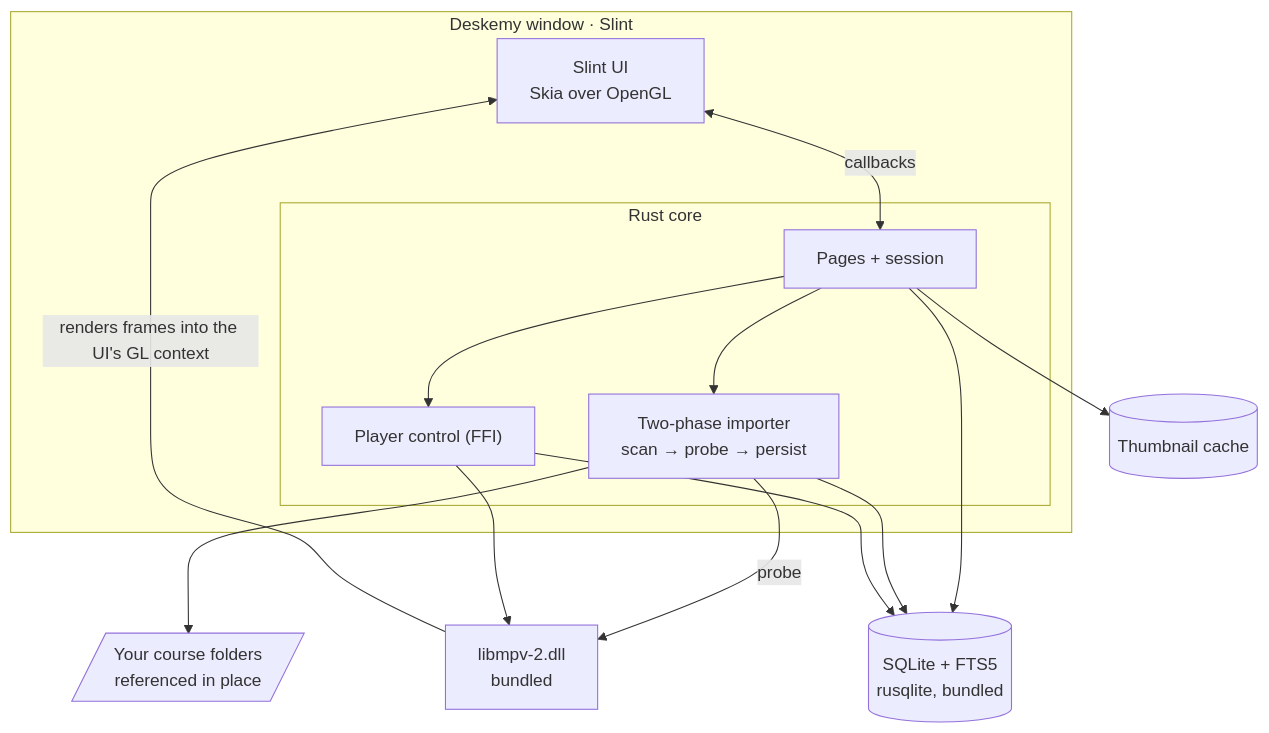
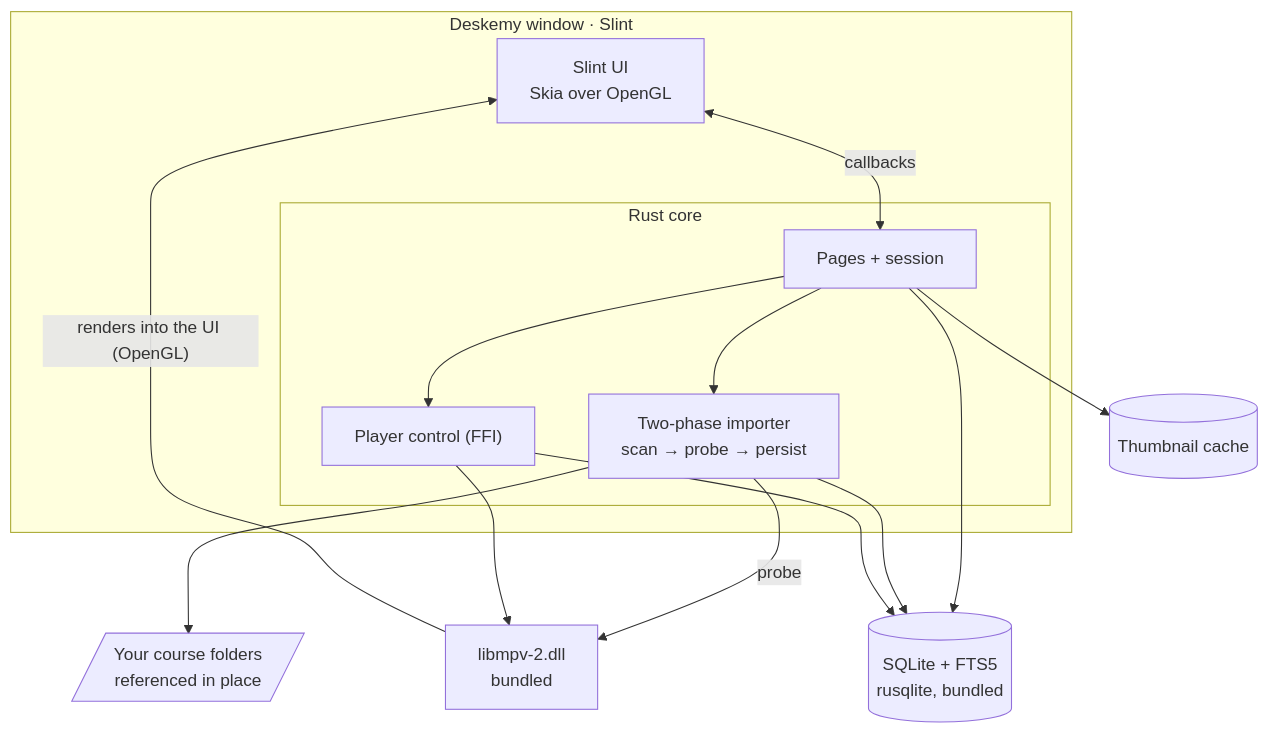
The diagram in README.md (NFRohan/Deskemy), drawn with Mermaid before and after one commit.

Commit message:
README: fix the architecture diagram on GitHub
GitHub couldn't render it ("Unable to render rich display"): the last
link's label had an apostrophe ("the UI's GL context"), the one
construct the 1.x diagram GitHub rendered didn't have. Quoted and
reworded; checked with Mermaid's parser and renderer.

````diff
--- a/README.md
+++ b/README.md
@@ -187,28 +187,28 @@
 ```mermaid
 flowchart TB
     subgraph win["Deskemy window · Slint"]
         ui["Slint UI<br/>Skia over OpenGL"]
         subgraph core["Rust core"]
             cmd["Pages + session"]
             imp["Two-phase importer<br/>scan → probe → persist"]
             ply["Player control (FFI)"]
         end
     end
 
     mpv["libmpv-2.dll<br/>bundled"]
     db[("SQLite + FTS5<br/>rusqlite, bundled")]
     thumb[("Thumbnail cache")]
     files[/"Your course folders<br/>referenced in place"/]
 
     ui <-->|callbacks| cmd
     cmd --> imp
     cmd --> ply
     cmd --> db
     cmd --> thumb
     imp -->|probe| mpv
     imp --> files
     imp --> db
     ply --> mpv
     ply --> db
-    mpv -->|renders frames into the UI's GL context| ui
+    mpv -->|"renders into the UI (OpenGL)"| ui
 ```
````
